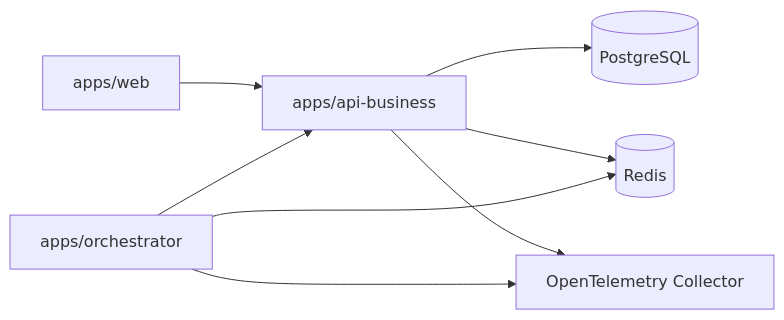
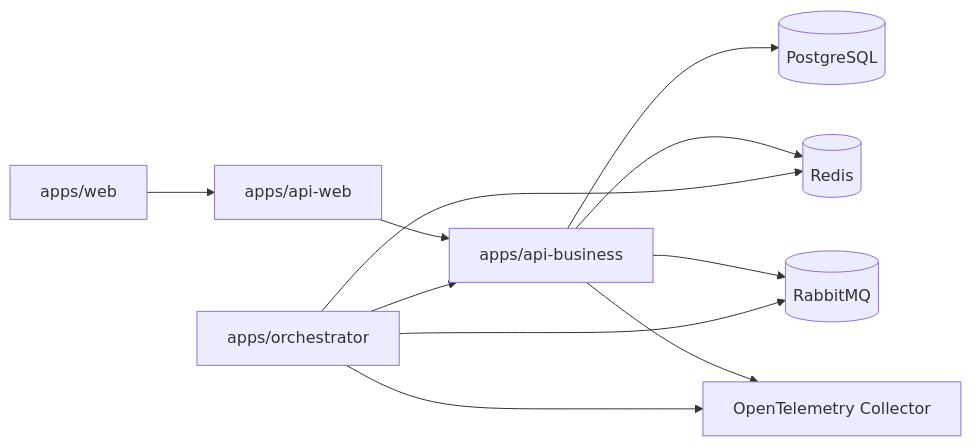
The diagram in docs/wiki/Running-Locally.md (CiceroDeveloper01/rag-platform), drawn with Mermaid before and after one commit. The commit also changed other lines of this file and 111 other files, not shown here.

Commit message:
refactor: harden async ingestion, deployment readiness, and architecture docs

````diff
--- a/docs/wiki/Running-Locally.md
+++ b/docs/wiki/Running-Locally.md
@@ -7,10 +7,13 @@
 ```mermaid
 flowchart LR
-    Web[apps/web] --> API[apps/api-business]
-    API --> Postgres[(PostgreSQL)]
-    API --> Redis[(Redis)]
+    Web[apps/web] --> APIWeb[apps/api-web]
+    APIWeb --> APIBusiness[apps/api-business]
+    APIBusiness --> Postgres[(PostgreSQL)]
+    APIBusiness --> Redis[(Redis)]
+    APIBusiness --> Rabbit[(RabbitMQ)]
     Orchestrator[apps/orchestrator] --> Redis
-    Orchestrator --> API
-    API --> OTel[OpenTelemetry Collector]
+    Orchestrator --> Rabbit
+    Orchestrator --> APIBusiness
+    APIBusiness --> OTel[OpenTelemetry Collector]
     Orchestrator --> OTel
 ```
````
